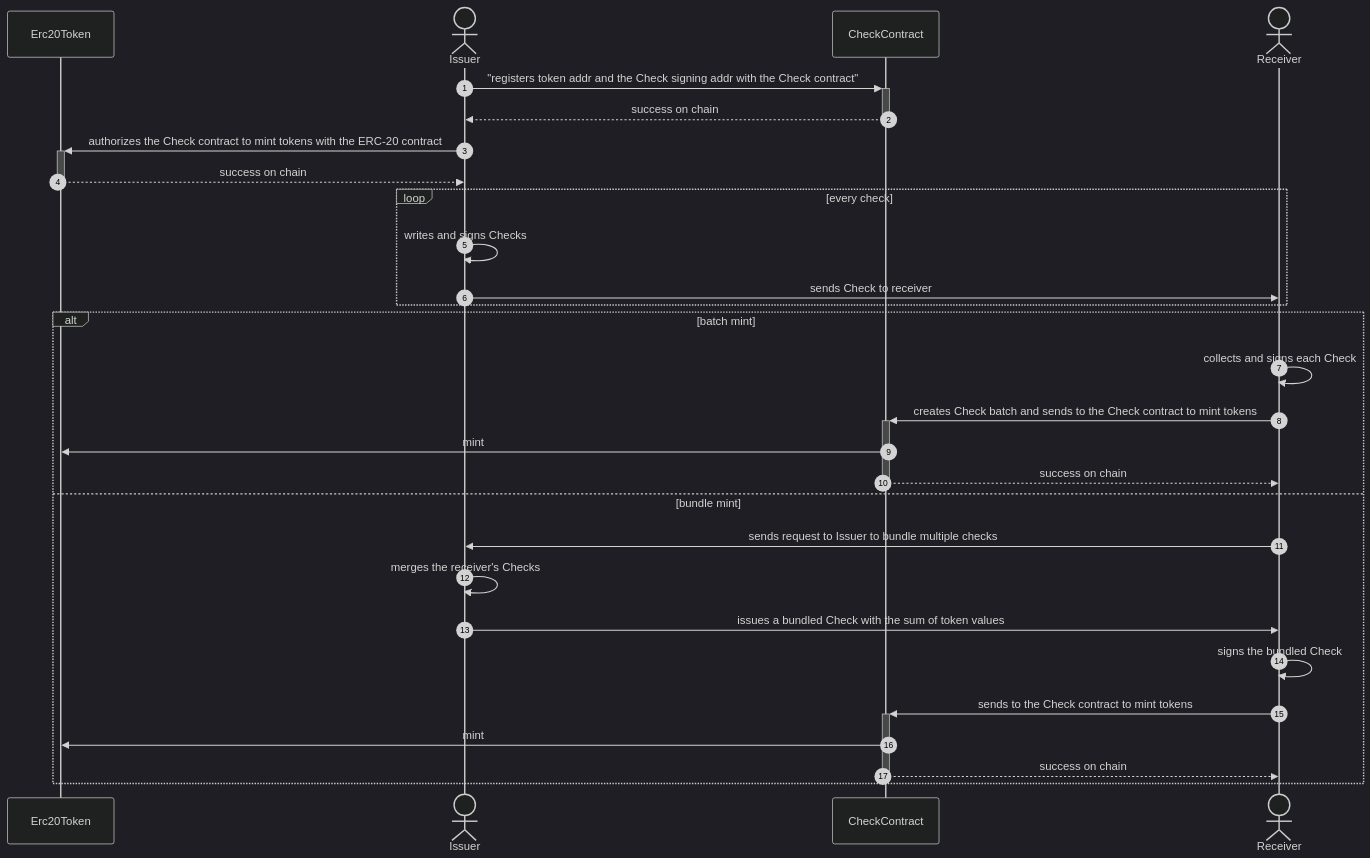
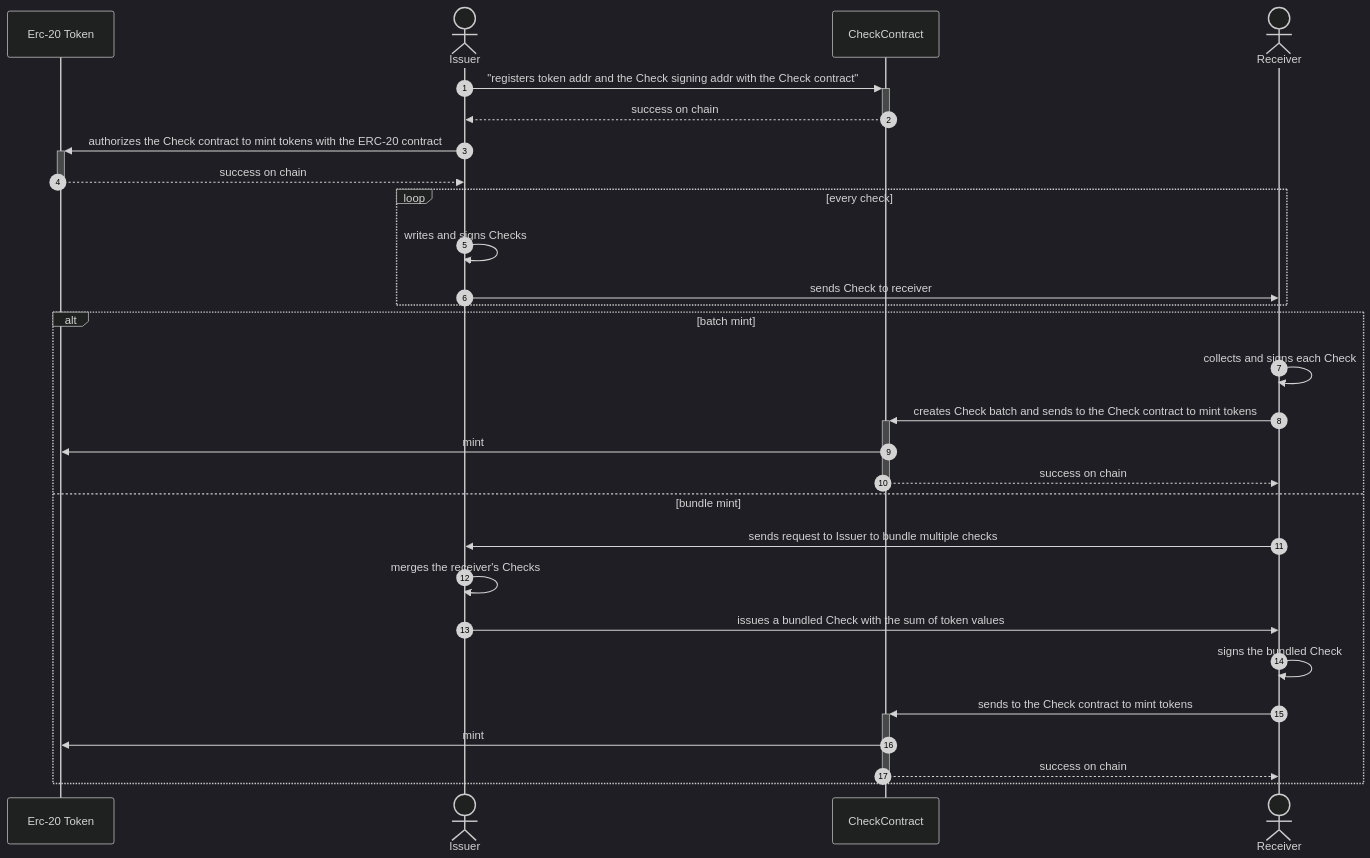
The diagram in EIPS/eip-7099.md (ethereum/EIPs), drawn with Mermaid (dark theme) before and after one commit. The commit also changed other lines of this file, not shown here.

Commit message:
Fix formatting issues

````diff
--- a/EIPS/eip-7099.md
+++ b/EIPS/eip-7099.md
@@ -178,31 +178,31 @@
 ```mermaid
 sequenceDiagram
     autonumber
-    participant Erc20Token
+    participant Erc-20 Token
     actor Issuer
     participant CheckContract
     actor Receiver
 
     Issuer->>+CheckContract: "registers token addr and the Check signing addr with the Check contract"
     CheckContract-->>-Issuer: success on chain
-    Issuer->>+Erc20Token: authorizes the Check contract to mint tokens with the ERC-20 contract
-    Erc20Token-->>-Issuer: success on chain
+    Issuer->>+Erc-20 Token: authorizes the Check contract to mint tokens with the ERC-20 contract
+    Erc-20 Token-->>-Issuer: success on chain
     loop every check
         Issuer->>Issuer:   writes and signs Checks
         Issuer->>Receiver: sends Check to receiver
     end
     alt batch mint
         Receiver->>Receiver: collects and signs each Check
         Receiver->>+CheckContract: creates Check batch and sends to the Check contract to mint tokens
-        CheckContract->>Erc20Token: mint
+        CheckContract->>Erc-20 Token: mint
         CheckContract-->>-Receiver: success on chain
     else bundle mint
         Receiver->>Issuer: sends request to Issuer to bundle multiple checks
         Issuer->>Issuer: merges the receiver's Checks
         Issuer->>Receiver:  issues a bundled Check with the sum of token values
         Receiver->>Receiver: signs the bundled Check
         Receiver->>+CheckContract: sends to the Check contract to mint tokens
-        CheckContract->>Erc20Token: mint
+        CheckContract->>Erc-20 Token: mint
         CheckContract-->>-Receiver: success on chain
     end
 ```
````
